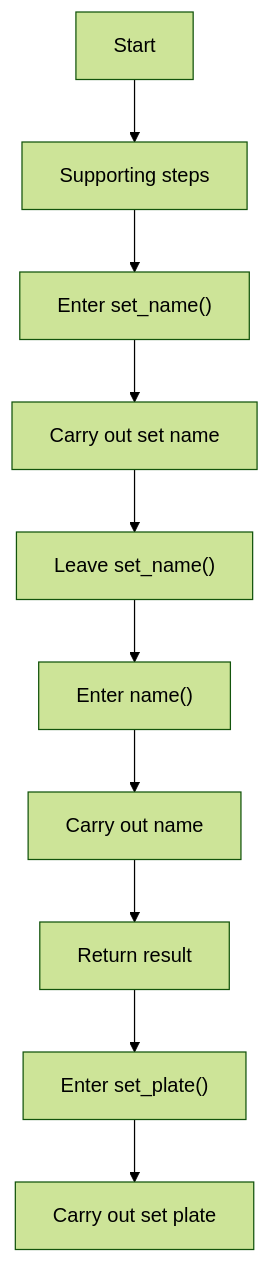
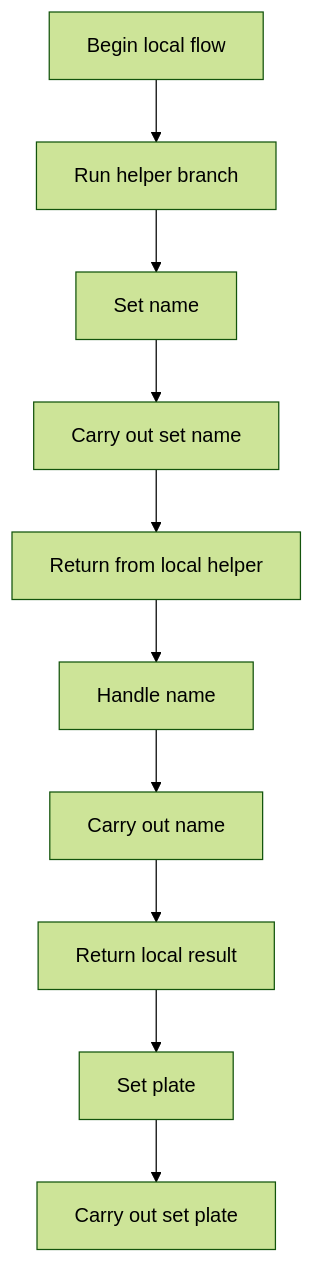
The first of 7 diagrams in docs/Codebase/LegacyPatternTransformSamples/legacy_pattern_domain_models_sample.cpp.md (JohnAndrewBalbarosa/NeoTerritory), drawn with Mermaid (forest theme) before and after one commit. The commit also changed other lines of this file and 925 other files, not shown here.

````diff
--- a/docs/Codebase/LegacyPatternTransformSamples/legacy_pattern_domain_models_sample.cpp.md
+++ b/docs/Codebase/LegacyPatternTransformSamples/legacy_pattern_domain_models_sample.cpp.md
@@ -25,22 +24,22 @@
 ```mermaid
 flowchart TD
-    N0["Start"]
-    N1["Supporting steps"]
-    N2["Enter set_name()"]
+    N0["Begin local flow"]
+    N1["Run helper branch"]
+    N2["Set name"]
     N3["Carry out set name"]
-    N4["Leave set_name()"]
-    N5["Enter name()"]
+    N4["Return from local helper"]
+    N5["Handle name"]
     N6["Carry out name"]
-    N7["Return result"]
-    N8["Enter set_plate()"]
+    N7["Return local result"]
+    N8["Set plate"]
     N9["Carry out set plate"]
     N0 --> N1
     N1 --> N2
     N2 --> N3
     N3 --> N4
     N4 --> N5
     N5 --> N6
     N6 --> N7
     N7 --> N8
     N8 --> N9
 ```
````
